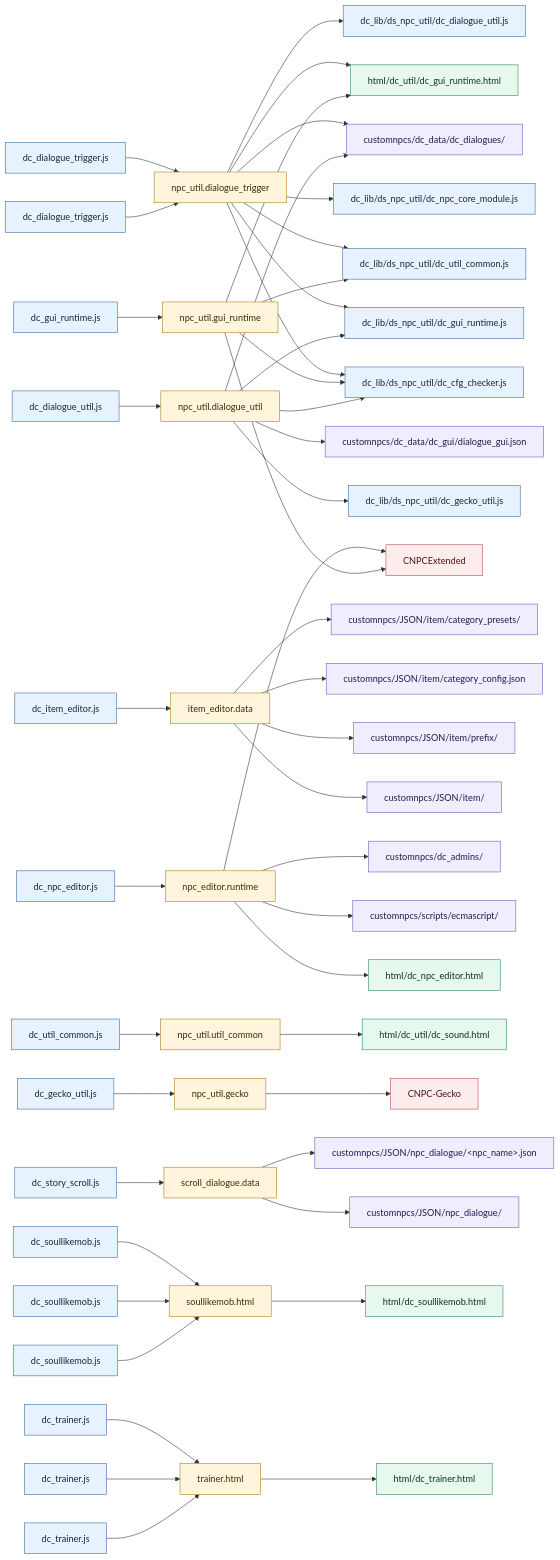
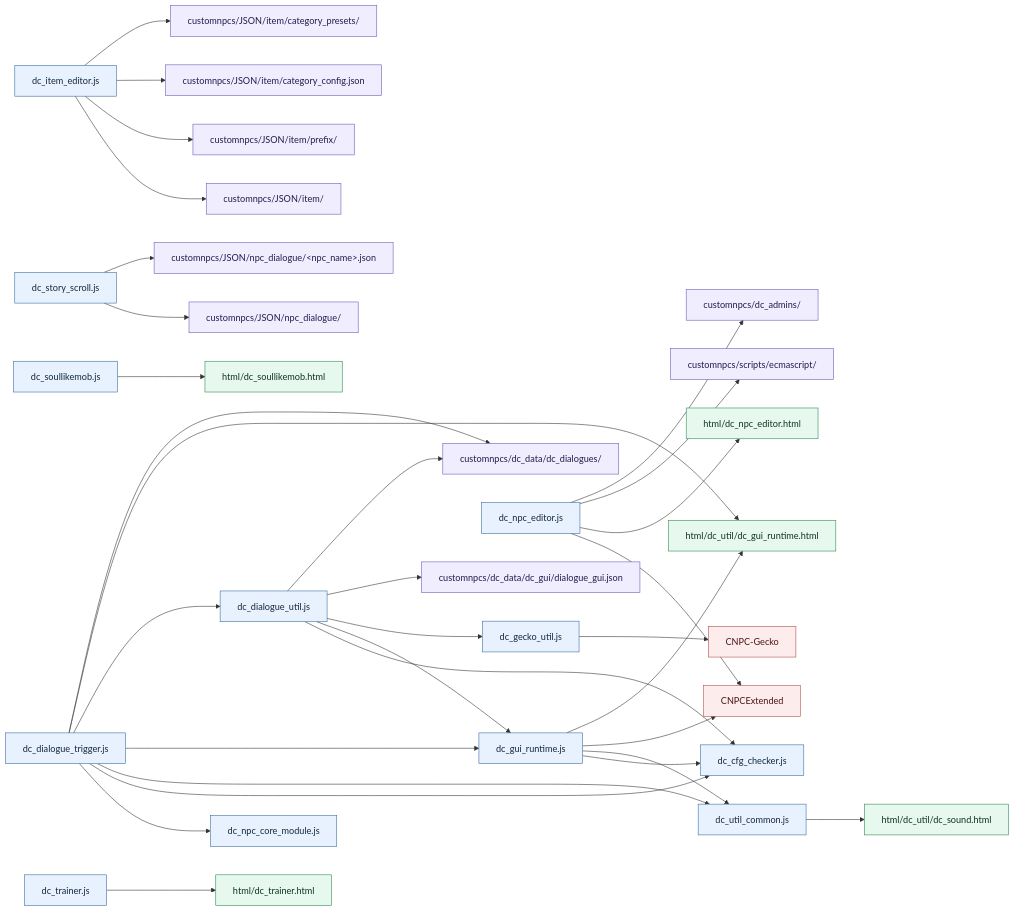
One commit to gdochi/dochi-editor-hub changed the second of 2 diagrams in scripts/DEPENDENCIES.md. Above: the diagram before and after it, drawn with Mermaid. The commit also changed other lines of this file and 3 other files, not shown here.

````diff
--- a/scripts/DEPENDENCIES.md
+++ b/scripts/DEPENDENCIES.md
@@ -61,101 +104,66 @@
 ```mermaid
 flowchart LR
-  n0["dc_dialogue_trigger.js"] --> n1["npc_util.dialogue_trigger"]
-  n1["npc_util.dialogue_trigger"] --> n2["dc_lib/ds_npc_util/dc_npc_core_module.js"]
-  n1["npc_util.dialogue_trigger"] --> n3["dc_lib/ds_npc_util/dc_cfg_checker.js"]
-  n1["npc_util.dialogue_trigger"] --> n4["dc_lib/ds_npc_util/dc_util_common.js"]
-  n1["npc_util.dialogue_trigger"] --> n5["dc_lib/ds_npc_util/dc_gui_runtime.js"]
-  n1["npc_util.dialogue_trigger"] --> n6["dc_lib/ds_npc_util/dc_dialogue_util.js"]
-  n1["npc_util.dialogue_trigger"] --> n7["html/dc_util/dc_gui_runtime.html"]
-  n1["npc_util.dialogue_trigger"] --> n8["customnpcs/dc_data/dc_dialogues/"]
-  n9["dc_item_editor.js"] --> n10["item_editor.data"]
-  n10["item_editor.data"] --> n11["customnpcs/JSON/item/"]
-  n10["item_editor.data"] --> n12["customnpcs/JSON/item/prefix/"]
-  n10["item_editor.data"] --> n13["customnpcs/JSON/item/category_config.json"]
-  n10["item_editor.data"] --> n14["customnpcs/JSON/item/category_presets/"]
-  n15["dc_npc_editor.js"] --> n16["npc_editor.runtime"]
-  n16["npc_editor.runtime"] --> n17["CNPCExtended"]
-  n16["npc_editor.runtime"] --> n18["html/dc_npc_editor.html"]
-  n16["npc_editor.runtime"] --> n19["customnpcs/scripts/ecmascript/"]
-  n16["npc_editor.runtime"] --> n20["customnpcs/dc_admins/"]
-  n21["dc_util_common.js"] --> n22["npc_util.util_common"]
-  n22["npc_util.util_common"] --> n23["html/dc_util/dc_sound.html"]
-  n24["dc_gecko_util.js"] --> n25["npc_util.gecko"]
-  n25["npc_util.gecko"] --> n26["CNPC-Gecko"]
-  n27["dc_gui_runtime.js"] --> n28["npc_util.gui_runtime"]
-  n28["npc_util.gui_runtime"] --> n3["dc_lib/ds_npc_util/dc_cfg_checker.js"]
-  n28["npc_util.gui_runtime"] --> n4["dc_lib/ds_npc_util/dc_util_common.js"]
-  n28["npc_util.gui_runtime"] --> n17["CNPCExtended"]
-  n28["npc_util.gui_runtime"] --> n7["html/dc_util/dc_gui_runtime.html"]
-  n29["dc_dialogue_util.js"] --> n30["npc_util.dialogue_util"]
-  n30["npc_util.dialogue_util"] --> n3["dc_lib/ds_npc_util/dc_cfg_checker.js"]
-  n30["npc_util.dialogue_util"] --> n5["dc_lib/ds_npc_util/dc_gui_runtime.js"]
-  n30["npc_util.dialogue_util"] --> n31["dc_lib/ds_npc_util/dc_gecko_util.js"]
-  n30["npc_util.dialogue_util"] --> n32["customnpcs/dc_data/dc_gui/dialogue_gui.json"]
-  n30["npc_util.dialogue_util"] --> n8["customnpcs/dc_data/dc_dialogues/"]
-  n33["dc_dialogue_trigger.js"] --> n1["npc_util.dialogue_trigger"]
-  n34["dc_story_scroll.js"] --> n35["scroll_dialogue.data"]
-  n35["scroll_dialogue.data"] --> n36["customnpcs/JSON/npc_dialogue/"]
-  n35["scroll_dialogue.data"] --> n37["customnpcs/JSON/npc_dialogue/&lt;npc_name&gt;.json"]
-  n38["dc_soullikemob.js"] --> n39["soullikemob.html"]
-  n39["soullikemob.html"] --> n40["html/dc_soullikemob.html"]
-  n41["dc_soullikemob.js"] --> n39["soullikemob.html"]
-  n42["dc_soullikemob.js"] --> n39["soullikemob.html"]
-  n43["dc_trainer.js"] --> n44["trainer.html"]
-  n44["trainer.html"] --> n45["html/dc_trainer.html"]
-  n46["dc_trainer.js"] --> n44["trainer.html"]
-  n47["dc_trainer.js"] --> n44["trainer.html"]
+  n0["dc_dialogue_trigger.js"] --> n1["dc_npc_core_module.js"]
+  n0["dc_dialogue_trigger.js"] --> n2["dc_cfg_checker.js"]
+  n0["dc_dialogue_trigger.js"] --> n3["dc_util_common.js"]
+  n0["dc_dialogue_trigger.js"] --> n4["dc_gui_runtime.js"]
+  n0["dc_dialogue_trigger.js"] --> n5["dc_dialogue_util.js"]
+  n0["dc_dialogue_trigger.js"] --> n6["html/dc_util/dc_gui_runtime.html"]
+  n0["dc_dialogue_trigger.js"] --> n7["customnpcs/dc_data/dc_dialogues/"]
+  n8["dc_item_editor.js"] --> n9["customnpcs/JSON/item/"]
+  n8["dc_item_editor.js"] --> n10["customnpcs/JSON/item/prefix/"]
+  n8["dc_item_editor.js"] --> n11["customnpcs/JSON/item/category_config.json"]
+  n8["dc_item_editor.js"] --> n12["customnpcs/JSON/item/category_presets/"]
+  n13["dc_npc_editor.js"] --> n14["CNPCExtended"]
+  n13["dc_npc_editor.js"] --> n15["html/dc_npc_editor.html"]
+  n13["dc_npc_editor.js"] --> n16["customnpcs/scripts/ecmascript/"]
+  n13["dc_npc_editor.js"] --> n17["customnpcs/dc_admins/"]
+  n5["dc_dialogue_util.js"] --> n2["dc_cfg_checker.js"]
+  n5["dc_dialogue_util.js"] --> n4["dc_gui_runtime.js"]
+  n5["dc_dialogue_util.js"] --> n18["dc_gecko_util.js"]
+  n5["dc_dialogue_util.js"] --> n19["customnpcs/dc_data/dc_gui/dialogue_gui.json"]
+  n5["dc_dialogue_util.js"] --> n7["customnpcs/dc_data/dc_dialogues/"]
+  n18["dc_gecko_util.js"] --> n20["CNPC-Gecko"]
+  n4["dc_gui_runtime.js"] --> n2["dc_cfg_checker.js"]
+  n4["dc_gui_runtime.js"] --> n3["dc_util_common.js"]
+  n4["dc_gui_runtime.js"] --> n14["CNPCExtended"]
+  n4["dc_gui_runtime.js"] --> n6["html/dc_util/dc_gui_runtime.html"]
+  n3["dc_util_common.js"] --> n21["html/dc_util/dc_sound.html"]
+  n22["dc_story_scroll.js"] --> n23["customnpcs/JSON/npc_dialogue/"]
+  n22["dc_story_scroll.js"] --> n24["customnpcs/JSON/npc_dialogue/&lt;npc_name&gt;.json"]
+  n25["dc_soullikemob.js"] --> n26["html/dc_soullikemob.html"]
+  n27["dc_trainer.js"] --> n28["html/dc_trainer.html"]
   classDef script fill:#e8f2ff,stroke:#376b9f,color:#14273a
-  classDef set fill:#fff5dc,stroke:#ad7d17,color:#3b2a05
   classDef html fill:#e7f8ef,stroke:#2c8a54,color:#0d3320
   classDef mod fill:#fdecec,stroke:#b34b4b,color:#4a1515
   classDef data fill:#f0edff,stroke:#6f58b8,color:#241b4a
   class n0 script
-  class n1 set
+  class n1 script
   class n2 script
   class n3 script
   class n4 script
   class n5 script
-  class n6 script
-  class n7 html
-  class n8 data
-  class n9 script
-  class n10 set
+  class n6 html
+  class n7 data
+  class n8 script
+  class n9 data
+  class n10 data
   class n11 data
   class n12 data
-  class n13 data
-  class n14 data
-  class n15 script
-  class n16 set
-  class n17 mod
-  class n18 html
+  class n13 script
+  class n14 mod
+  class n15 html
+  class n16 data
+  class n17 data
+  class n18 script
   class n19 data
-  class n20 data
-  class n21 script
-  class n22 set
-  class n23 html
-  class n24 script
-  class n25 set
-  class n26 mod
+  class n20 mod
+  class n21 html
+  class n22 script
+  class n23 data
+  class n24 data
+  class n25 script
+  class n26 html
   class n27 script
-  class n28 set
-  class n29 script
-  class n30 set
-  class n31 script
-  class n32 data
-  class n33 script
-  class n34 script
-  class n35 set
-  class n36 data
-  class n37 data
-  class n38 script
-  class n39 set
-  class n40 html
-  class n41 script
-  class n42 script
-  class n43 script
-  class n44 set
-  class n45 html
-  class n46 script
-  class n47 script
+  class n28 html
 ```
````
